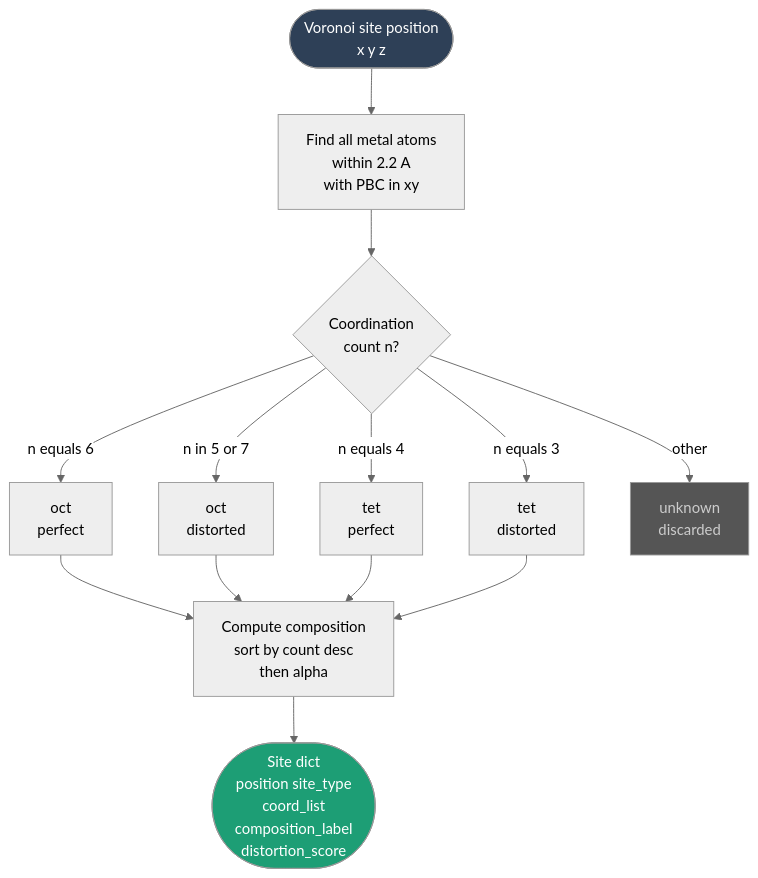
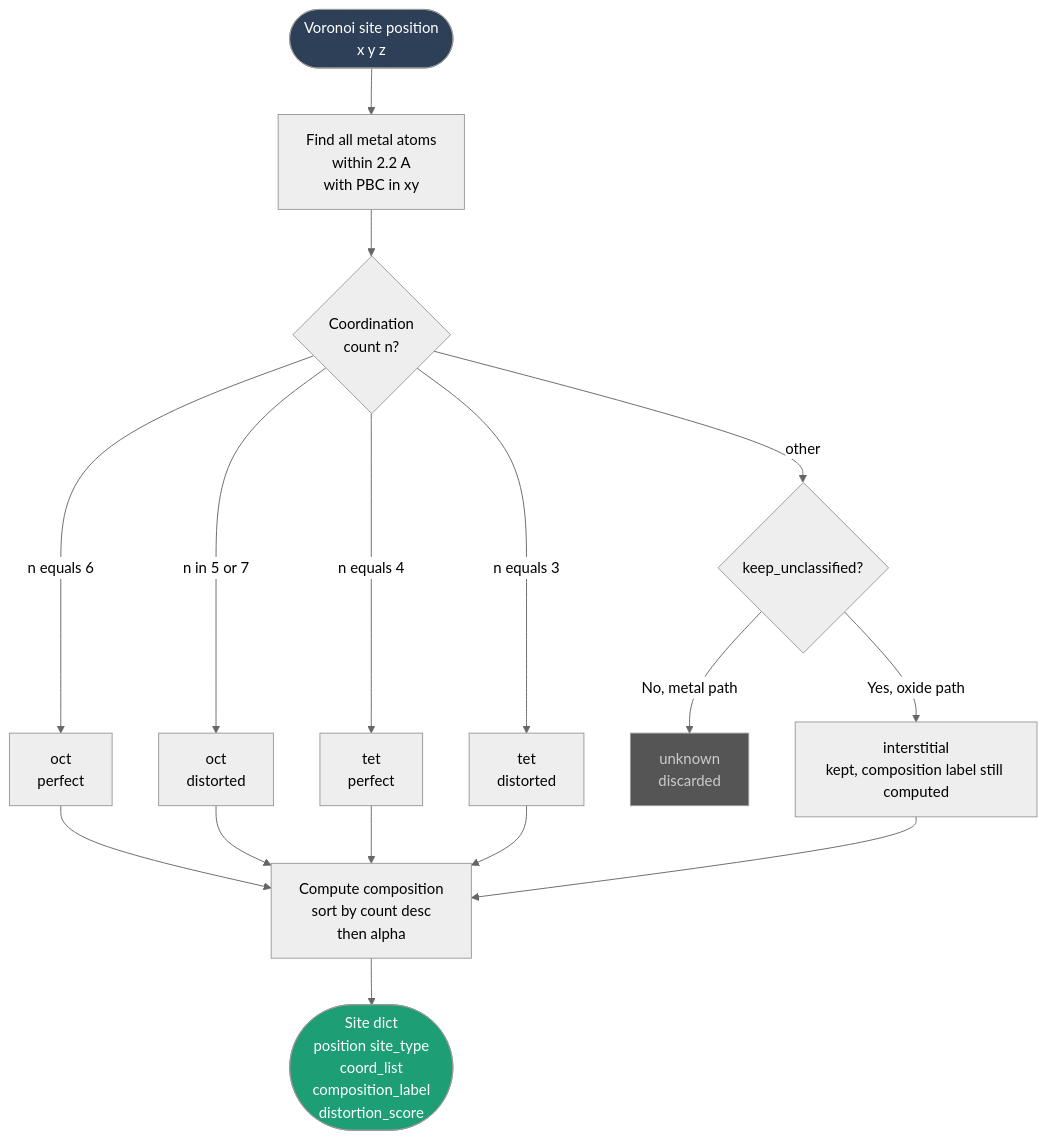
The fourth of 7 diagrams in MHI_Nickel/Project2_surface_labeling/Project2_Subsurface_Graph_Explainer.md (Azeezakinyemi999/Molecular_Dynamics), drawn with Mermaid (neutral theme) before and after one commit. The commit also changed other lines of this file and 9 other files, not shown here.

First line of the commit message:
Sync docs to current multi-metal/oxide implementation, move PIPELINE_GUIDE.md to live docs

````diff
--- a/MHI_Nickel/Project2_surface_labeling/Project2_Subsurface_Graph_Explainer.md
+++ b/MHI_Nickel/Project2_surface_labeling/Project2_Subsurface_Graph_Explainer.md
@@ -209,25 +225,28 @@
 ```mermaid
 flowchart TD
     A([Voronoi site position\nx y z]) --> B
 
     B[Find all metal atoms\nwithin 2.2 A\nwith PBC in xy]
 
     B --> C{Coordination\ncount n?}
 
     C -- n equals 6 --> D[oct\nperfect]
     C -- n in 5 or 7 --> E[oct\ndistorted]
     C -- n equals 4 --> F[tet\nperfect]
     C -- n equals 3 --> G[tet\ndistorted]
-    C -- other --> H[unknown\ndiscarded]
+    C -- other --> H{keep_unclassified?}
+    H -- No, metal path --> H2[unknown\ndiscarded]
+    H -- Yes, oxide path --> H3[interstitial\nkept, composition label still computed]
 
     D --> I[Compute composition\nsort by count desc\nthen alpha]
     E --> I
     F --> I
     G --> I
+    H3 --> I
 
     I --> J([Site dict\nposition site_type\ncoord_list\ncomposition_label\ndistortion_score])
 
     style A fill:#2E4057,color:#fff
     style J fill:#1D9E75,color:#fff
-    style H fill:#555,color:#ccc
+    style H2 fill:#555,color:#ccc
 ```
````
